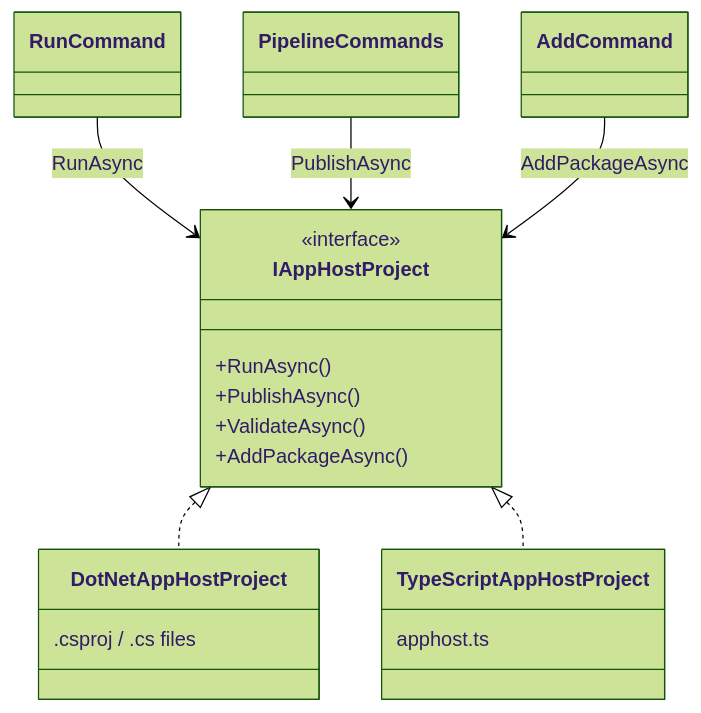
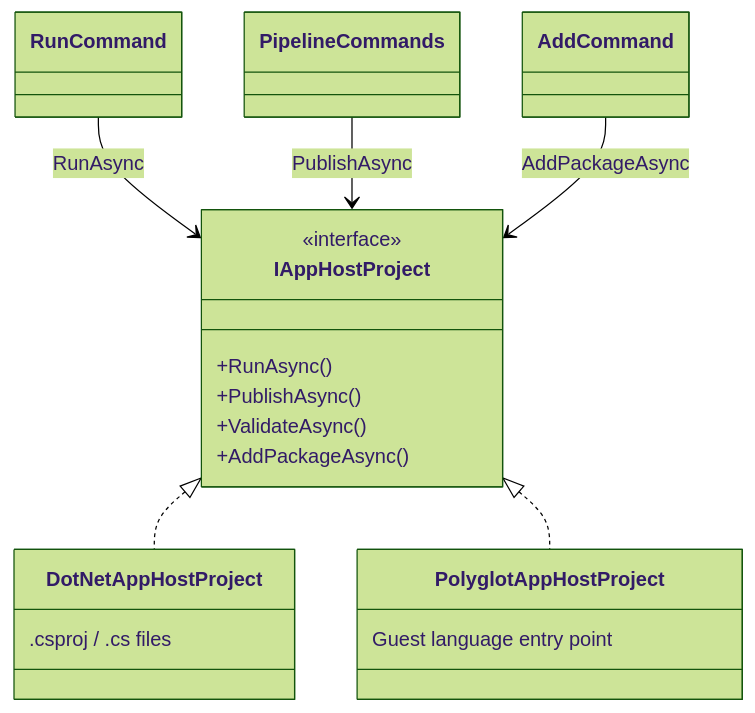
One commit to dotnet/aspire changed the third of 3 diagrams in docs/specs/polyglot-apphost.md. Above: the diagram before and after it, drawn with Mermaid (forest theme). The commit also changed other lines of this file and 1 other file, not shown here.

Commit message:
refactor: Update log message to reflect AppHost server connection in TypeScript code generator

````diff
--- a/docs/specs/polyglot-apphost.md
+++ b/docs/specs/polyglot-apphost.md
@@ -163,25 +170,25 @@
 ```mermaid
 classDiagram
     class IAppHostProject {
         <<interface>>
         +RunAsync()
         +PublishAsync()
         +ValidateAsync()
         +AddPackageAsync()
     }
 
     class DotNetAppHostProject {
         .csproj / .cs files
     }
 
-    class TypeScriptAppHostProject {
-        apphost.ts
+    class PolyglotAppHostProject {
+        Guest language entry point
     }
 
     IAppHostProject <|.. DotNetAppHostProject
-    IAppHostProject <|.. TypeScriptAppHostProject
+    IAppHostProject <|.. PolyglotAppHostProject
 
     RunCommand --> IAppHostProject : RunAsync
     PipelineCommands --> IAppHostProject : PublishAsync
     AddCommand --> IAppHostProject : AddPackageAsync
 ```
````
